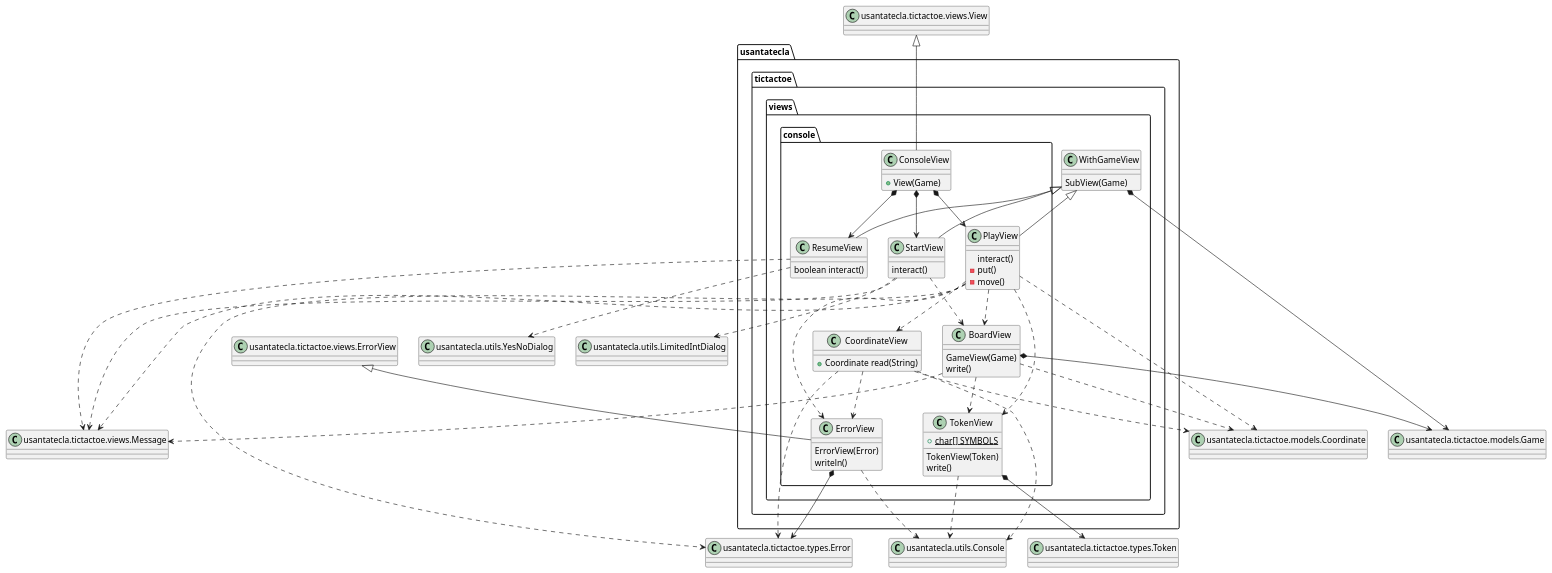
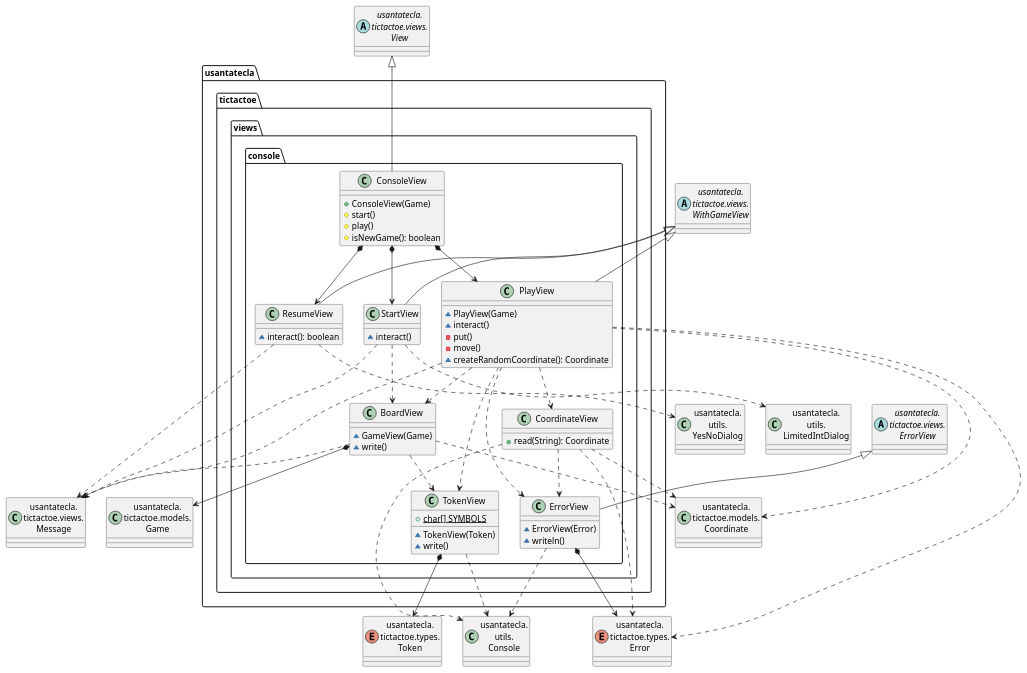
The third of 7 diagrams in documentView/withoutFactoryMethod/docs/diagrams/src/paquetes.plantuml (Jolucaa/USantaTecla-project-ticTacToe), drawn with PlantUML before and after one commit. The commit also changed other lines of this file and 111 other files, not shown here.

Commit message:
[dv] Added types package + refactored diagrams

```diff
--- a/documentView/withoutFactoryMethod/docs/diagrams/src/paquetes.plantuml
+++ b/documentView/withoutFactoryMethod/docs/diagrams/src/paquetes.plantuml
@@ -80,122 +76,89 @@
 @startuml tictactoe.views.console
+class Game as "usantatecla.\ntictactoe.models.\nGame"
+class Coordinate as "usantatecla.\ntictactoe.models.\nCoordinate"
+enum Error as "usantatecla.\ntictactoe.types.\nError"
+enum Token as "usantatecla.\ntictactoe.types.\nToken"
+abstract class WithGameView as "usantatecla.\ntictactoe.views.\nWithGameView"
+abstract class View as "usantatecla.\ntictactoe.views.\nView"
+abstract class ErrorView as "usantatecla.\ntictactoe.views.\nErrorView"
+class Message as "usantatecla.\ntictactoe.views.\nMessage"
+class Console as "usantatecla.\nutils.\nConsole"
+class YesNoDialog as "usantatecla.\nutils.\nYesNoDialog"
+class LimitedIntDialog as "usantatecla.\nutils.\nLimitedIntDialog"
+
 class usantatecla.tictactoe.views.console.CoordinateView {
-
-    + Coordinate read(String)
-
+	+ read(String): Coordinate
 }
-
-usantatecla.tictactoe.views.console.CoordinateView ..> usantatecla.tictactoe.views.console.ErrorView
-
-class Coordinate as "usantatecla.tictactoe.models.Coordinate"
-class Error as "usantatecla.tictactoe.types.Error"
-class Console as "usantatecla.utils.Console"
-
-usantatecla.tictactoe.views.console.CoordinateView ..> Console
-usantatecla.tictactoe.views.console.CoordinateView ..> Error
-usantatecla.tictactoe.views.console.CoordinateView ..> Coordinate
+usantatecla.tictactoe.views.console.CoordinateView .down.> usantatecla.tictactoe.views.console.ErrorView
+usantatecla.tictactoe.views.console.CoordinateView .down.> Console
+usantatecla.tictactoe.views.console.CoordinateView .down.> Error
+usantatecla.tictactoe.views.console.CoordinateView .down.> Coordinate
 
 class usantatecla.tictactoe.views.console.ErrorView {
-
-	ErrorView(Error)
-	writeln()
-
+	~ ErrorView(Error)
+	~ writeln()
 }
-
-class ErrorView as "usantatecla.tictactoe.views.ErrorView"
-
-ErrorView <|-- usantatecla.tictactoe.views.console.ErrorView
-usantatecla.tictactoe.views.console.ErrorView ..> Console
-usantatecla.tictactoe.views.console.ErrorView *--> Error
+usantatecla.tictactoe.views.console.ErrorView -up-|> ErrorView
+usantatecla.tictactoe.views.console.ErrorView .down.> Console
+usantatecla.tictactoe.views.console.ErrorView *-down-> Error
 
 class usantatecla.tictactoe.views.console.BoardView {
-
-    GameView(Game)
-	write()
-
+	~ GameView(Game)
+	~ write()
 }
-
-class Game as "usantatecla.tictactoe.models.Game"
-class Message as "usantatecla.tictactoe.views.Message"
-
-usantatecla.tictactoe.views.console.BoardView *--> Game
-usantatecla.tictactoe.views.console.BoardView ..> Coordinate
-usantatecla.tictactoe.views.console.BoardView ..> Message
-usantatecla.tictactoe.views.console.BoardView ..> usantatecla.tictactoe.views.console.TokenView
-
-class usantatecla.tictactoe.views.WithGameView {
-
-	SubView(Game)
-
-}
-
-usantatecla.tictactoe.views.WithGameView *--> Game
+usantatecla.tictactoe.views.console.BoardView *-down-> Game
+usantatecla.tictactoe.views.console.BoardView .down.> usantatecla.tictactoe.views.console.TokenView
+usantatecla.tictactoe.views.console.BoardView .down.> Coordinate
+usantatecla.tictactoe.views.console.BoardView .down.> Message
 
 class usantatecla.tictactoe.views.console.PlayView {
-
-    interact()
-    - put()
-    - move()
-
+	~ PlayView(Game)
+	~ interact()
+	- put()
+	- move()
+	~ createRandomCoordinate(): Coordinate
 }
-
-usantatecla.tictactoe.views.WithGameView <|-- usantatecla.tictactoe.views.console.PlayView
-usantatecla.tictactoe.views.console.PlayView ..> Coordinate
-usantatecla.tictactoe.views.console.PlayView ..> Message
-usantatecla.tictactoe.views.console.PlayView ..> Error
-usantatecla.tictactoe.views.console.PlayView ..> usantatecla.tictactoe.views.console.ErrorView
-usantatecla.tictactoe.views.console.PlayView ..> usantatecla.tictactoe.views.console.CoordinateView
-usantatecla.tictactoe.views.console.PlayView ..> usantatecla.tictactoe.views.console.BoardView
-usantatecla.tictactoe.views.console.PlayView ..> usantatecla.tictactoe.views.console.TokenView
+WithGameView <|-down- usantatecla.tictactoe.views.console.PlayView
+usantatecla.tictactoe.views.console.PlayView .down.> usantatecla.tictactoe.views.console.ErrorView
+usantatecla.tictactoe.views.console.PlayView .down.> usantatecla.tictactoe.views.console.CoordinateView
+usantatecla.tictactoe.views.console.PlayView .down.> usantatecla.tictactoe.views.console.BoardView
+usantatecla.tictactoe.views.console.PlayView .down.> usantatecla.tictactoe.views.console.TokenView
+usantatecla.tictactoe.views.console.PlayView .down.> Coordinate
+usantatecla.tictactoe.views.console.PlayView .down.> Message
+usantatecla.tictactoe.views.console.PlayView .down.> Error
 
 class usantatecla.tictactoe.views.console.ResumeView {
-
-	boolean interact()
-
+	~ interact(): boolean
 }
-
-class YesNoDialog as "usantatecla.utils.YesNoDialog"
-
-usantatecla.tictactoe.views.WithGameView <|-- usantatecla.tictactoe.views.console.ResumeView
-usantatecla.tictactoe.views.console.ResumeView ..> Message
-usantatecla.tictactoe.views.console.ResumeView ..> YesNoDialog
+WithGameView <|-down- usantatecla.tictactoe.views.console.ResumeView
+usantatecla.tictactoe.views.console.ResumeView .down.> Message
+usantatecla.tictactoe.views.console.ResumeView .down.> YesNoDialog
 
 class usantatecla.tictactoe.views.console.StartView {
-
-	interact()
-
+	~ interact()
 }
-
-class LimitedIntDialog as "usantatecla.utils.LimitedIntDialog"
-
-usantatecla.tictactoe.views.WithGameView <|-- usantatecla.tictactoe.views.console.StartView
-usantatecla.tictactoe.views.console.StartView ..> Message
-usantatecla.tictactoe.views.console.StartView ..> LimitedIntDialog
-usantatecla.tictactoe.views.console.StartView ..> usantatecla.tictactoe.views.console.BoardView
+WithGameView <|-down- usantatecla.tictactoe.views.console.StartView
+usantatecla.tictactoe.views.console.StartView .down.> usantatecla.tictactoe.views.console.BoardView
+usantatecla.tictactoe.views.console.StartView .down.> Message
+usantatecla.tictactoe.views.console.StartView .down.> LimitedIntDialog
 
 class usantatecla.tictactoe.views.console.TokenView {
-
 	+ {static} char[] SYMBOLS
-
-	TokenView(Token)
-	write()
-
+	~ TokenView(Token)
+	~ write()
 }
-
-class Token as "usantatecla.tictactoe.types.Token"
-
-usantatecla.tictactoe.views.console.TokenView *--> Token
-usantatecla.tictactoe.views.console.TokenView ..> Console
+usantatecla.tictactoe.views.console.TokenView *-down-> Token
+usantatecla.tictactoe.views.console.TokenView .down.> Console
 
 class usantatecla.tictactoe.views.console.ConsoleView {
+	+ ConsoleView(Game)
+	# start()
+	# play()
+	# isNewGame(): boolean
+}
+View <|-down- usantatecla.tictactoe.views.console.ConsoleView
+usantatecla.tictactoe.views.console.ConsoleView *-down-> usantatecla.tictactoe.views.console.ResumeView
+usantatecla.tictactoe.views.console.ConsoleView *-down-> usantatecla.tictactoe.views.console.PlayView
+usantatecla.tictactoe.views.console.ConsoleView *-down-> usantatecla.tictactoe.views.console.StartView
 
-	+ View(Game)
-
-}
-
-class View as "usantatecla.tictactoe.views.View"
-
-View <|-- usantatecla.tictactoe.views.console.ConsoleView
-usantatecla.tictactoe.views.console.ConsoleView *--> usantatecla.tictactoe.views.console.ResumeView
-usantatecla.tictactoe.views.console.ConsoleView *--> usantatecla.tictactoe.views.console.PlayView
-usantatecla.tictactoe.views.console.ConsoleView *--> usantatecla.tictactoe.views.console.StartView
 @enduml
```
